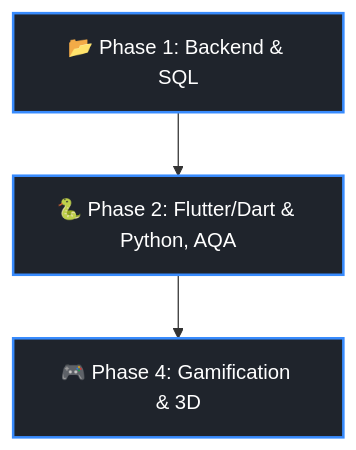
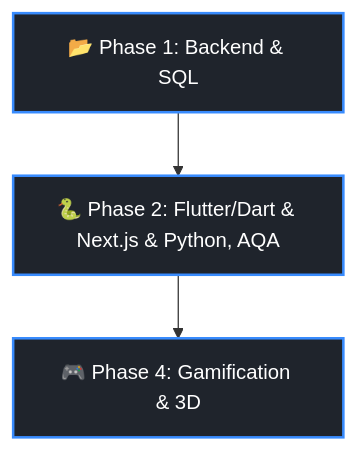
Before and after one commit to pusliaMary/pusliaMary: the diagram in README.md, drawn with Mermaid.

````diff
--- a/README.md
+++ b/README.md
@@ -61,7 +61,7 @@
 ```mermaid
 graph TD
-    A["📂 Phase 1: Backend & SQL"] --> B["🐍 Phase 2: Flutter/Dart & Python, AQA"]
+    A["📂 Phase 1: Backend & SQL"] --> B["🐍 Phase 2: Flutter/Dart & Next.js & Python, AQA"]
     B --> C["🎮 Phase 4: Gamification & 3D"]
     classDef default fill:#1f242c,stroke:#388bfd,stroke-width:2px,color:#fff;
     class A,B,C,D default;
 ```
````
